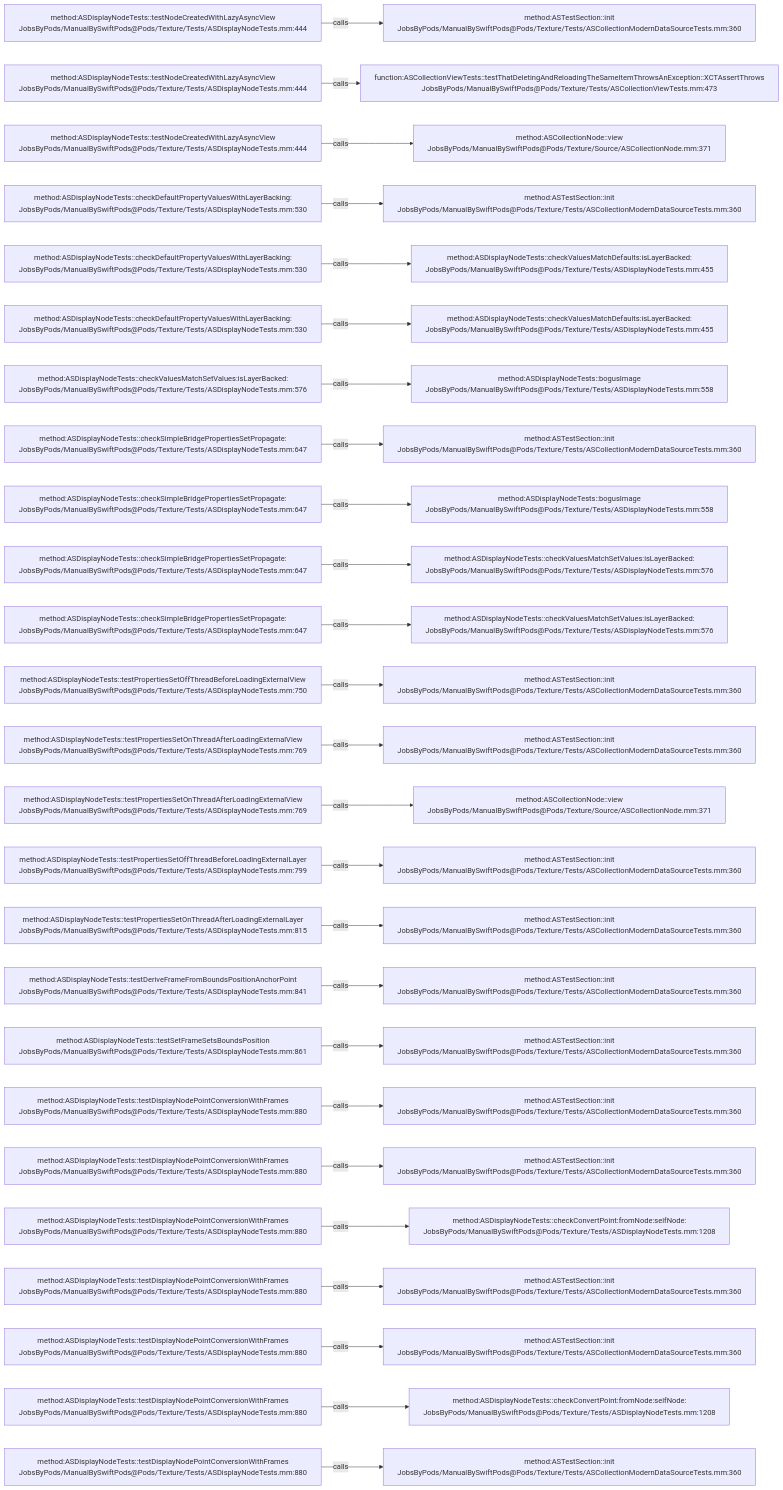
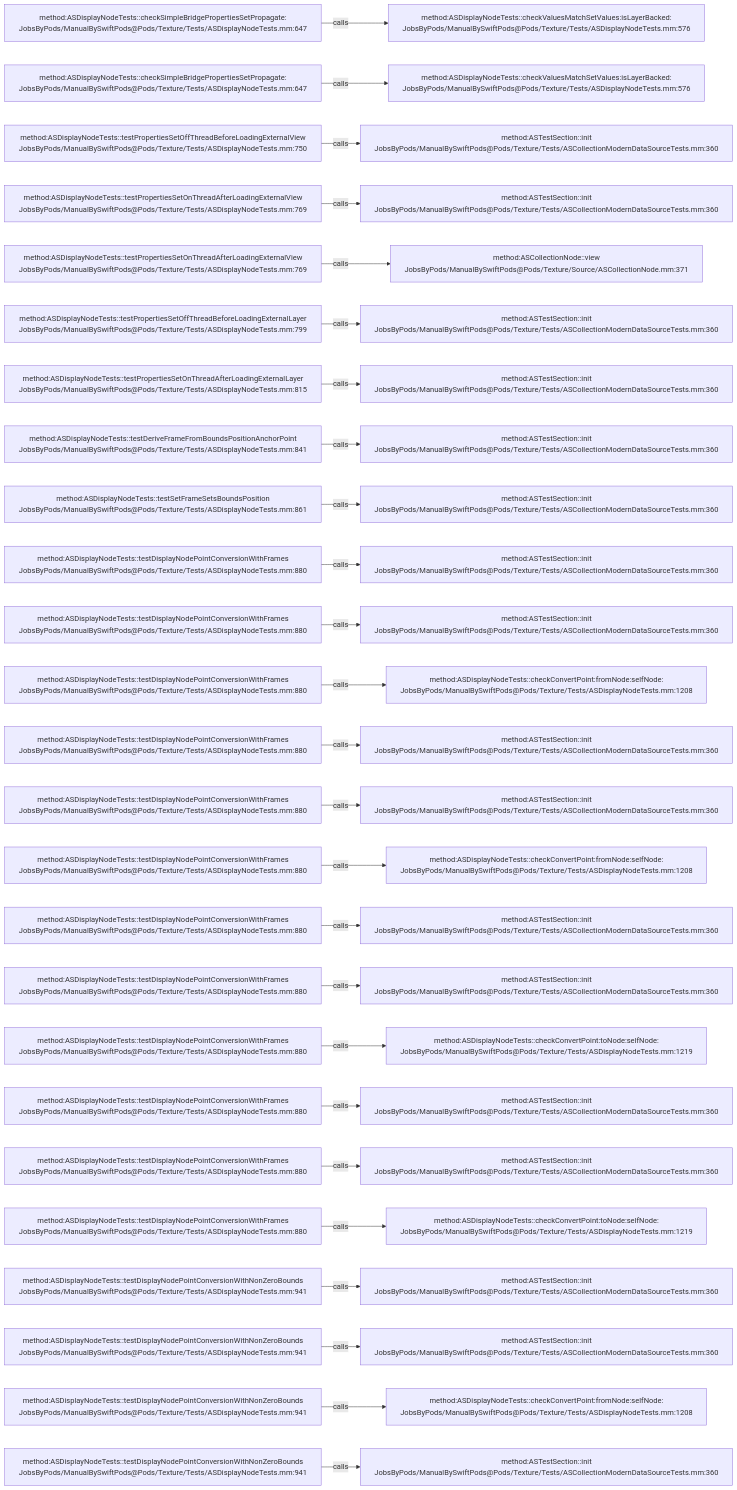
The diagram in .codegraph/codegraph.md/graphs/calls-188.md (JobsKits/JobsSwiftBaseConfigDemo), drawn with Mermaid before and after one commit. The commit also changed 707 other files, not shown here.

````diff
--- a/.codegraph/codegraph.md/graphs/calls-188.md
+++ b/.codegraph/codegraph.md/graphs/calls-188.md
@@ -13,78 +13,78 @@
 ```mermaid
 flowchart LR
-  S1["method:ASDisplayNodeTests::testNodeCreatedWithLazyAsyncView<br/>JobsByPods/ManualBySwiftPods@Pods/Texture/Tests/ASDisplayNodeTests.mm:444"]
-  T1["method:ASTestSection::init<br/>JobsByPods/ManualBySwiftPods@Pods/Texture/Tests/ASCollectionModernDataSourceTests.mm:360"]
+  S1["method:ASDisplayNodeTests::checkSimpleBridgePropertiesSetPropagate:<br/>JobsByPods/ManualBySwiftPods@Pods/Texture/Tests/ASDisplayNodeTests.mm:647"]
+  T1["method:ASDisplayNodeTests::checkValuesMatchSetValues:isLayerBacked:<br/>JobsByPods/ManualBySwiftPods@Pods/Texture/Tests/ASDisplayNodeTests.mm:576"]
   S1 -->|calls| T1
-  S2["method:ASDisplayNodeTests::testNodeCreatedWithLazyAsyncView<br/>JobsByPods/ManualBySwiftPods@Pods/Texture/Tests/ASDisplayNodeTests.mm:444"]
-  T2["function:ASCollectionViewTests::testThatDeletingAndReloadingTheSameItemThrowsAnException::XCTAssertThrows<br/>JobsByPods/ManualBySwiftPods@Pods/Texture/Tests/ASCollectionViewTests.mm:473"]
+  S2["method:ASDisplayNodeTests::checkSimpleBridgePropertiesSetPropagate:<br/>JobsByPods/ManualBySwiftPods@Pods/Texture/Tests/ASDisplayNodeTests.mm:647"]
+  T2["method:ASDisplayNodeTests::checkValuesMatchSetValues:isLayerBacked:<br/>JobsByPods/ManualBySwiftPods@Pods/Texture/Tests/ASDisplayNodeTests.mm:576"]
   S2 -->|calls| T2
-  S3["method:ASDisplayNodeTests::testNodeCreatedWithLazyAsyncView<br/>JobsByPods/ManualBySwiftPods@Pods/Texture/Tests/ASDisplayNodeTests.mm:444"]
-  T3["method:ASCollectionNode::view<br/>JobsByPods/ManualBySwiftPods@Pods/Texture/Source/ASCollectionNode.mm:371"]
+  S3["method:ASDisplayNodeTests::testPropertiesSetOffThreadBeforeLoadingExternalView<br/>JobsByPods/ManualBySwiftPods@Pods/Texture/Tests/ASDisplayNodeTests.mm:750"]
+  T3["method:ASTestSection::init<br/>JobsByPods/ManualBySwiftPods@Pods/Texture/Tests/ASCollectionModernDataSourceTests.mm:360"]
   S3 -->|calls| T3
-  S4["method:ASDisplayNodeTests::checkDefaultPropertyValuesWithLayerBacking:<br/>JobsByPods/ManualBySwiftPods@Pods/Texture/Tests/ASDisplayNodeTests.mm:530"]
+  S4["method:ASDisplayNodeTests::testPropertiesSetOnThreadAfterLoadingExternalView<br/>JobsByPods/ManualBySwiftPods@Pods/Texture/Tests/ASDisplayNodeTests.mm:769"]
   T4["method:ASTestSection::init<br/>JobsByPods/ManualBySwiftPods@Pods/Texture/Tests/ASCollectionModernDataSourceTests.mm:360"]
   S4 -->|calls| T4
-  S5["method:ASDisplayNodeTests::checkDefaultPropertyValuesWithLayerBacking:<br/>JobsByPods/ManualBySwiftPods@Pods/Texture/Tests/ASDisplayNodeTests.mm:530"]
-  T5["method:ASDisplayNodeTests::checkValuesMatchDefaults:isLayerBacked:<br/>JobsByPods/ManualBySwiftPods@Pods/Texture/Tests/ASDisplayNodeTests.mm:455"]
+  S5["method:ASDisplayNodeTests::testPropertiesSetOnThreadAfterLoadingExternalView<br/>JobsByPods/ManualBySwiftPods@Pods/Texture/Tests/ASDisplayNodeTests.mm:769"]
+  T5["method:ASCollectionNode::view<br/>JobsByPods/ManualBySwiftPods@Pods/Texture/Source/ASCollectionNode.mm:371"]
   S5 -->|calls| T5
-  S6["method:ASDisplayNodeTests::checkDefaultPropertyValuesWithLayerBacking:<br/>JobsByPods/ManualBySwiftPods@Pods/Texture/Tests/ASDisplayNodeTests.mm:530"]
-  T6["method:ASDisplayNodeTests::checkValuesMatchDefaults:isLayerBacked:<br/>JobsByPods/ManualBySwiftPods@Pods/Texture/Tests/ASDisplayNodeTests.mm:455"]
+  S6["method:ASDisplayNodeTests::testPropertiesSetOffThreadBeforeLoadingExternalLayer<br/>JobsByPods/ManualBySwiftPods@Pods/Texture/Tests/ASDisplayNodeTests.mm:799"]
+  T6["method:ASTestSection::init<br/>JobsByPods/ManualBySwiftPods@Pods/Texture/Tests/ASCollectionModernDataSourceTests.mm:360"]
   S6 -->|calls| T6
-  S7["method:ASDisplayNodeTests::checkValuesMatchSetValues:isLayerBacked:<br/>JobsByPods/ManualBySwiftPods@Pods/Texture/Tests/ASDisplayNodeTests.mm:576"]
-  T7["method:ASDisplayNodeTests::bogusImage<br/>JobsByPods/ManualBySwiftPods@Pods/Texture/Tests/ASDisplayNodeTests.mm:558"]
+  S7["method:ASDisplayNodeTests::testPropertiesSetOnThreadAfterLoadingExternalLayer<br/>JobsByPods/ManualBySwiftPods@Pods/Texture/Tests/ASDisplayNodeTests.mm:815"]
+  T7["method:ASTestSection::init<br/>JobsByPods/ManualBySwiftPods@Pods/Texture/Tests/ASCollectionModernDataSourceTests.mm:360"]
   S7 -->|calls| T7
-  S8["method:ASDisplayNodeTests::checkSimpleBridgePropertiesSetPropagate:<br/>JobsByPods/ManualBySwiftPods@Pods/Texture/Tests/ASDisplayNodeTests.mm:647"]
+  S8["method:ASDisplayNodeTests::testDeriveFrameFromBoundsPositionAnchorPoint<br/>JobsByPods/ManualBySwiftPods@Pods/Texture/Tests/ASDisplayNodeTests.mm:841"]
   T8["method:ASTestSection::init<br/>JobsByPods/ManualBySwiftPods@Pods/Texture/Tests/ASCollectionModernDataSourceTests.mm:360"]
   S8 -->|calls| T8
-  S9["method:ASDisplayNodeTests::checkSimpleBridgePropertiesSetPropagate:<br/>JobsByPods/ManualBySwiftPods@Pods/Texture/Tests/ASDisplayNodeTests.mm:647"]
-  T9["method:ASDisplayNodeTests::bogusImage<br/>JobsByPods/ManualBySwiftPods@Pods/Texture/Tests/ASDisplayNodeTests.mm:558"]
+  S9["method:ASDisplayNodeTests::testSetFrameSetsBoundsPosition<br/>JobsByPods/ManualBySwiftPods@Pods/Texture/Tests/ASDisplayNodeTests.mm:861"]
+  T9["method:ASTestSection::init<br/>JobsByPods/ManualBySwiftPods@Pods/Texture/Tests/ASCollectionModernDataSourceTests.mm:360"]
   S9 -->|calls| T9
-  S10["method:ASDisplayNodeTests::checkSimpleBridgePropertiesSetPropagate:<br/>JobsByPods/ManualBySwiftPods@Pods/Texture/Tests/ASDisplayNodeTests.mm:647"]
-  T10["method:ASDisplayNodeTests::checkValuesMatchSetValues:isLayerBacked:<br/>JobsByPods/ManualBySwiftPods@Pods/Texture/Tests/ASDisplayNodeTests.mm:576"]
+  S10["method:ASDisplayNodeTests::testDisplayNodePointConversionWithFrames<br/>JobsByPods/ManualBySwiftPods@Pods/Texture/Tests/ASDisplayNodeTests.mm:880"]
+  T10["method:ASTestSection::init<br/>JobsByPods/ManualBySwiftPods@Pods/Texture/Tests/ASCollectionModernDataSourceTests.mm:360"]
   S10 -->|calls| T10
-  S11["method:ASDisplayNodeTests::checkSimpleBridgePropertiesSetPropagate:<br/>JobsByPods/ManualBySwiftPods@Pods/Texture/Tests/ASDisplayNodeTests.mm:647"]
-  T11["method:ASDisplayNodeTests::checkValuesMatchSetValues:isLayerBacked:<br/>JobsByPods/ManualBySwiftPods@Pods/Texture/Tests/ASDisplayNodeTests.mm:576"]
+  S11["method:ASDisplayNodeTests::testDisplayNodePointConversionWithFrames<br/>JobsByPods/ManualBySwiftPods@Pods/Texture/Tests/ASDisplayNodeTests.mm:880"]
+  T11["method:ASTestSection::init<br/>JobsByPods/ManualBySwiftPods@Pods/Texture/Tests/ASCollectionModernDataSourceTests.mm:360"]
   S11 -->|calls| T11
-  S12["method:ASDisplayNodeTests::testPropertiesSetOffThreadBeforeLoadingExternalView<br/>JobsByPods/ManualBySwiftPods@Pods/Texture/Tests/ASDisplayNodeTests.mm:750"]
-  T12["method:ASTestSection::init<br/>JobsByPods/ManualBySwiftPods@Pods/Texture/Tests/ASCollectionModernDataSourceTests.mm:360"]
+  S12["method:ASDisplayNodeTests::testDisplayNodePointConversionWithFrames<br/>JobsByPods/ManualBySwiftPods@Pods/Texture/Tests/ASDisplayNodeTests.mm:880"]
+  T12["method:ASDisplayNodeTests::checkConvertPoint:fromNode:selfNode:<br/>JobsByPods/ManualBySwiftPods@Pods/Texture/Tests/ASDisplayNodeTests.mm:1208"]
   S12 -->|calls| T12
-  S13["method:ASDisplayNodeTests::testPropertiesSetOnThreadAfterLoadingExternalView<br/>JobsByPods/ManualBySwiftPods@Pods/Texture/Tests/ASDisplayNodeTests.mm:769"]
+  S13["method:ASDisplayNodeTests::testDisplayNodePointConversionWithFrames<br/>JobsByPods/ManualBySwiftPods@Pods/Texture/Tests/ASDisplayNodeTests.mm:880"]
   T13["method:ASTestSection::init<br/>JobsByPods/ManualBySwiftPods@Pods/Texture/Tests/ASCollectionModernDataSourceTests.mm:360"]
   S13 -->|calls| T13
-  S14["method:ASDisplayNodeTests::testPropertiesSetOnThreadAfterLoadingExternalView<br/>JobsByPods/ManualBySwiftPods@Pods/Texture/Tests/ASDisplayNodeTests.mm:769"]
-  T14["method:ASCollectionNode::view<br/>JobsByPods/ManualBySwiftPods@Pods/Texture/Source/ASCollectionNode.mm:371"]
+  S14["method:ASDisplayNodeTests::testDisplayNodePointConversionWithFrames<br/>JobsByPods/ManualBySwiftPods@Pods/Texture/Tests/ASDisplayNodeTests.mm:880"]
+  T14["method:ASTestSection::init<br/>JobsByPods/ManualBySwiftPods@Pods/Texture/Tests/ASCollectionModernDataSourceTests.mm:360"]
   S14 -->|calls| T14
-  S15["method:ASDisplayNodeTests::testPropertiesSetOffThreadBeforeLoadingExternalLayer<br/>JobsByPods/ManualBySwiftPods@Pods/Texture/Tests/ASDisplayNodeTests.mm:799"]
-  T15["method:ASTestSection::init<br/>JobsByPods/ManualBySwiftPods@Pods/Texture/Tests/ASCollectionModernDataSourceTests.mm:360"]
+  S15["method:ASDisplayNodeTests::testDisplayNodePointConversionWithFrames<br/>JobsByPods/ManualBySwiftPods@Pods/Texture/Tests/ASDisplayNodeTests.mm:880"]
+  T15["method:ASDisplayNodeTests::checkConvertPoint:fromNode:selfNode:<br/>JobsByPods/ManualBySwiftPods@Pods/Texture/Tests/ASDisplayNodeTests.mm:1208"]
   S15 -->|calls| T15
-  S16["method:ASDisplayNodeTests::testPropertiesSetOnThreadAfterLoadingExternalLayer<br/>JobsByPods/ManualBySwiftPods@Pods/Texture/Tests/ASDisplayNodeTests.mm:815"]
+  S16["method:ASDisplayNodeTests::testDisplayNodePointConversionWithFrames<br/>JobsByPods/ManualBySwiftPods@Pods/Texture/Tests/ASDisplayNodeTests.mm:880"]
   T16["method:ASTestSection::init<br/>JobsByPods/ManualBySwiftPods@Pods/Texture/Tests/ASCollectionModernDataSourceTests.mm:360"]
   S16 -->|calls| T16
-  S17["method:ASDisplayNodeTests::testDeriveFrameFromBoundsPositionAnchorPoint<br/>JobsByPods/ManualBySwiftPods@Pods/Texture/Tests/ASDisplayNodeTests.mm:841"]
+  S17["method:ASDisplayNodeTests::testDisplayNodePointConversionWithFrames<br/>JobsByPods/ManualBySwiftPods@Pods/Texture/Tests/ASDisplayNodeTests.mm:880"]
   T17["method:ASTestSection::init<br/>JobsByPods/ManualBySwiftPods@Pods/Texture/Tests/ASCollectionModernDataSourceTests.mm:360"]
   S17 -->|calls| T17
-  S18["method:ASDisplayNodeTests::testSetFrameSetsBoundsPosition<br/>JobsByPods/ManualBySwiftPods@Pods/Texture/Tests/ASDisplayNodeTests.mm:861"]
-  T18["method:ASTestSection::init<br/>JobsByPods/ManualBySwiftPods@Pods/Texture/Tests/ASCollectionModernDataSourceTests.mm:360"]
+  S18["method:ASDisplayNodeTests::testDisplayNodePointConversionWithFrames<br/>JobsByPods/ManualBySwiftPods@Pods/Texture/Tests/ASDisplayNodeTests.mm:880"]
+  T18["method:ASDisplayNodeTests::checkConvertPoint:toNode:selfNode:<br/>JobsByPods/ManualBySwiftPods@Pods/Texture/Tests/ASDisplayNodeTests.mm:1219"]
   S18 -->|calls| T18
   S19["method:ASDisplayNodeTests::testDisplayNodePointConversionWithFrames<br/>JobsByPods/ManualBySwiftPods@Pods/Texture/Tests/ASDisplayNodeTests.mm:880"]
   T19["method:ASTestSection::init<br/>JobsByPods/ManualBySwiftPods@Pods/Texture/Tests/ASCollectionModernDataSourceTests.mm:360"]
   S19 -->|calls| T19
   S20["method:ASDisplayNodeTests::testDisplayNodePointConversionWithFrames<br/>JobsByPods/ManualBySwiftPods@Pods/Texture/Tests/ASDisplayNodeTests.mm:880"]
   T20["method:ASTestSection::init<br/>JobsByPods/ManualBySwiftPods@Pods/Texture/Tests/ASCollectionModernDataSourceTests.mm:360"]
   S20 -->|calls| T20
   S21["method:ASDisplayNodeTests::testDisplayNodePointConversionWithFrames<br/>JobsByPods/ManualBySwiftPods@Pods/Texture/Tests/ASDisplayNodeTests.mm:880"]
-  T21["method:ASDisplayNodeTests::checkConvertPoint:fromNode:selfNode:<br/>JobsByPods/ManualBySwiftPods@Pods/Texture/Tests/ASDisplayNodeTests.mm:1208"]
+  T21["method:ASDisplayNodeTests::checkConvertPoint:toNode:selfNode:<br/>JobsByPods/ManualBySwiftPods@Pods/Texture/Tests/ASDisplayNodeTests.mm:1219"]
   S21 -->|calls| T21
-  S22["method:ASDisplayNodeTests::testDisplayNodePointConversionWithFrames<br/>JobsByPods/ManualBySwiftPods@Pods/Texture/Tests/ASDisplayNodeTests.mm:880"]
+  S22["method:ASDisplayNodeTests::testDisplayNodePointConversionWithNonZeroBounds<br/>JobsByPods/ManualBySwiftPods@Pods/Texture/Tests/ASDisplayNodeTests.mm:941"]
   T22["method:ASTestSection::init<br/>JobsByPods/ManualBySwiftPods@Pods/Texture/Tests/ASCollectionModernDataSourceTests.mm:360"]
   S22 -->|calls| T22
-  S23["method:ASDisplayNodeTests::testDisplayNodePointConversionWithFrames<br/>JobsByPods/ManualBySwiftPods@Pods/Texture/Tests/ASDisplayNodeTests.mm:880"]
+  S23["method:ASDisplayNodeTests::testDisplayNodePointConversionWithNonZeroBounds<br/>JobsByPods/ManualBySwiftPods@Pods/Texture/Tests/ASDisplayNodeTests.mm:941"]
   T23["method:ASTestSection::init<br/>JobsByPods/ManualBySwiftPods@Pods/Texture/Tests/ASCollectionModernDataSourceTests.mm:360"]
   S23 -->|calls| T23
-  S24["method:ASDisplayNodeTests::testDisplayNodePointConversionWithFrames<br/>JobsByPods/ManualBySwiftPods@Pods/Texture/Tests/ASDisplayNodeTests.mm:880"]
+  S24["method:ASDisplayNodeTests::testDisplayNodePointConversionWithNonZeroBounds<br/>JobsByPods/ManualBySwiftPods@Pods/Texture/Tests/ASDisplayNodeTests.mm:941"]
   T24["method:ASDisplayNodeTests::checkConvertPoint:fromNode:selfNode:<br/>JobsByPods/ManualBySwiftPods@Pods/Texture/Tests/ASDisplayNodeTests.mm:1208"]
   S24 -->|calls| T24
-  S25["method:ASDisplayNodeTests::testDisplayNodePointConversionWithFrames<br/>JobsByPods/ManualBySwiftPods@Pods/Texture/Tests/ASDisplayNodeTests.mm:880"]
+  S25["method:ASDisplayNodeTests::testDisplayNodePointConversionWithNonZeroBounds<br/>JobsByPods/ManualBySwiftPods@Pods/Texture/Tests/ASDisplayNodeTests.mm:941"]
   T25["method:ASTestSection::init<br/>JobsByPods/ManualBySwiftPods@Pods/Texture/Tests/ASCollectionModernDataSourceTests.mm:360"]
   S25 -->|calls| T25
 ```
````
